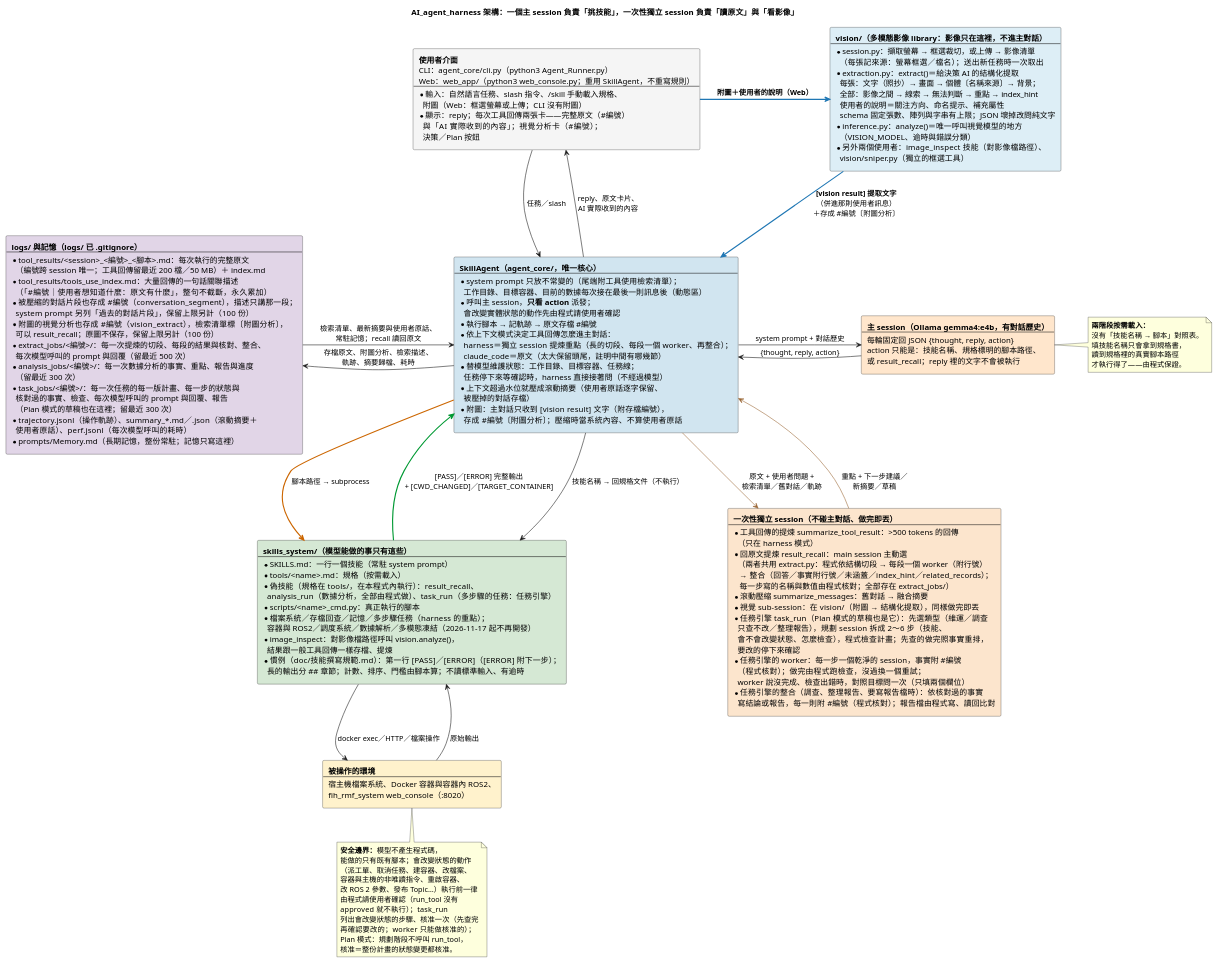
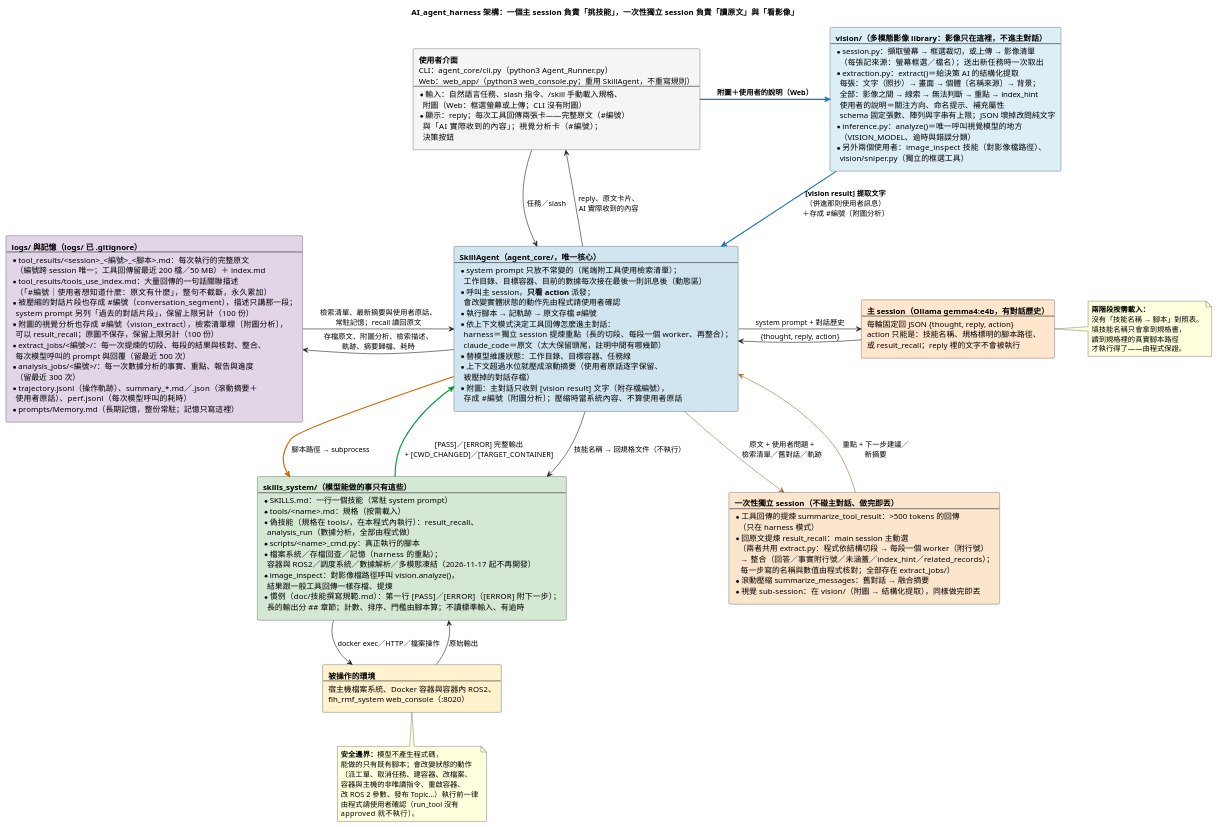
One commit to DavidZox/Coding_agnet changed the diagram in doc/diagrams/AI_agent_harness的說明.puml. Above: the diagram before and after it, drawn with PlantUML. The commit also changed 63 other files, not shown here.

```diff
--- a/doc/diagrams/AI_agent_harness的說明.puml
+++ b/doc/diagrams/AI_agent_harness的說明.puml
@@ -1,174 +1,157 @@
 @startuml
 ' --- 樣式精準控制 ---
 skinparam RectangleWidthMax 340
 skinparam ranksep 60
 skinparam nodesep 60
 skinparam shadowing false
 skinparam defaultFontName "Microsoft JhengHei"
 
 title AI_agent_harness 架構：一個主 session 負責「挑技能」，一次性獨立 session 負責「讀原文」與「看影像」
 
 rectangle NodeUser #F5F5F5 [
   **使用者介面**
   CLI：agent_core/cli.py（python3 Agent_Runner.py）
   Web：web_app/（python3 web_console.py；重用 SkillAgent，不重寫規則）
   ----
   * 輸入：自然語言任務、slash 指令、/skill 手動載入規格、
     附圖（Web：框選螢幕或上傳；CLI 沒有附圖）
   * 顯示：reply；每次工具回傳兩張卡——完整原文（#編號）
     與「AI 實際收到的內容」；視覺分析卡（#編號）；
-    決策／Plan 按鈕
+    決策按鈕
 ]
 
 rectangle NodeVision #DDEEF6 [
   **vision/（多模態影像 library：影像只在這裡，不進主對話）**
   ----
   * session.py：擷取螢幕 → 框選裁切，或上傳 → 影像清單
     （每張記來源：螢幕框選／檔名）；送出新任務時一次取出
   * extraction.py：extract()＝給決策 AI 的結構化提取
     每張：文字（照抄）→ 畫面 → 個體〔名稱來源〕→ 背景；
     全部：影像之間 → 線索 → 無法判斷 → 重點 → index_hint
     使用者的說明＝關注方向、命名提示、補充屬性
     schema 固定張數、陣列與字串有上限；JSON 壞掉改問純文字
   * inference.py：analyze()＝唯一呼叫視覺模型的地方
     （VISION_MODEL、逾時與錯誤分類）
   * 另外兩個使用者：image_inspect 技能（對影像檔路徑）、
     vision/sniper.py（獨立的框選工具）
 ]
 
 rectangle NodeAgent #D1E5F0 [
   **SkillAgent（agent_core/，唯一核心）**
   ----
   * system prompt 只放不常變的（尾端附工具使用檢索清單）；
     工作目錄、目標容器、目前的數據每次接在最後一則訊息後（動態區）
   * 呼叫主 session，**只看 action** 派發；
     會改變實體狀態的動作先由程式請使用者確認
   * 執行腳本 → 記軌跡 → 原文存檔 #編號
   * 依上下文模式決定工具回傳怎麼進主對話：
     harness＝獨立 session 提煉重點（長的切段、每段一個 worker、再整合）；
     claude_code＝原文（太大保留頭尾，註明中間有哪幾節）
-  * 替模型維護狀態：工作目錄、目標容器、任務線；
-    任務停下來等確認時，harness 直接接著問（不經過模型）
+  * 替模型維護狀態：工作目錄、目標容器、任務線
   * 上下文超過水位就壓成滾動摘要（使用者原話逐字保留、
     被壓掉的對話存檔）
   * 附圖：主對話只收到 [vision result] 文字（附存檔編號），
     存成 #編號〔附圖分析〕；壓縮時當系統內容、不算使用者原話
 ]
 
 rectangle NodeLLM #FFE6CC [
   **主 session（Ollama gemma4:e4b，有對話歷史）**
   ----
   每輪固定回 JSON {thought, reply, action}
   action 只能是：技能名稱、規格標明的腳本路徑、
   或 result_recall；reply 裡的文字不會被執行
 ]
 
 rectangle NodeSub #FCE5CD [
   **一次性獨立 session（不碰主對話、做完即丟）**
   ----
   * 工具回傳的提煉 summarize_tool_result：>500 tokens 的回傳
     （只在 harness 模式）
   * 回原文提煉 result_recall：main session 主動選
     （兩者共用 extract.py：程式依結構切段 → 每段一個 worker（附行號）
      → 整合（回答／事實附行號／未涵蓋／index_hint／related_records）；
      每一步寫的名稱與數值由程式核對；全部存在 extract_jobs/）
   * 滾動壓縮 summarize_messages：舊對話 → 融合摘要
   * 視覺 sub-session：在 vision/（附圖 → 結構化提取），同樣做完即丟
-  * 任務引擎 task_run（Plan 模式的草稿也是它）：先選類型（維運／調查
-    只查不改／整理報告），規劃 session 拆成 2～6 步（技能、
-    會不會改變狀態、怎麼檢查），程式檢查計畫；先查的做完照事實重排，
-    要改的停下來確認
-  * 任務引擎的 worker：每一步一個乾淨的 session，事實附 #編號
-    （程式核對）；做完由程式跑檢查，沒過換一個重試；
-    worker 說沒完成、檢查出錯時，對照目標問一次（只填兩個欄位）
-  * 任務引擎的整合（調查、整理報告、要寫報告檔時）：依核對過的事實
-    寫結論或報告，每一則附 #編號（程式核對）；報告檔由程式寫、讀回比對
 ]
 
 rectangle NodeSkills #D5E8D4 [
   **skills_system/（模型能做的事只有這些）**
   ----
   * SKILLS.md：一行一個技能（常駐 system prompt）
   * tools/<name>.md：規格（按需載入）
   * 偽技能（規格在 tools/，在本程式內執行）：result_recall、
-    analysis_run（數據分析，全部由程式做）、task_run（多步驟的任務：任務引擎）
+    analysis_run（數據分析，全部由程式做）
   * scripts/<name>_cmd.py：真正執行的腳本
-  * 檔案系統／存檔回查／記憶／多步驟任務（harness 的重點）；
+  * 檔案系統／存檔回查／記憶（harness 的重點）；
     容器與 ROS2／調度系統／數據解析／多模態凍結（2026-11-17 起不再開發）
   * image_inspect：對影像檔路徑呼叫 vision.analyze()，
     結果跟一般工具回傳一樣存檔、提煉
   * 慣例（doc/技能撰寫規範.md）：第一行 [PASS]／[ERROR]（[ERROR] 附下一步）；
     長的輸出分 ## 章節；計數、排序、門檻由腳本算；不讀標準輸入、有逾時
 ]
 
 rectangle NodeWorld #FFF2CC [
   **被操作的環境**
   ----
   宿主機檔案系統、Docker 容器與容器內 ROS2、
   fih_rmf_system web_console（:8020）
 ]
 
 rectangle NodeStore #E1D5E7 [
   **logs/ 與記憶（logs/ 已 .gitignore）**
   ----
   * tool_results/<session>_<編號>_<腳本>.md：每次執行的完整原文
     （編號跨 session 唯一；工具回傳留最近 200 檔／50 MB）＋ index.md
   * tool_results/tools_use_index.md：大量回傳的一句話關聯描述
     （「#編號｜使用者想知道什麼：原文有什麼」，整句不截斷，永久累加）
   * 被壓縮的對話片段也存成 #編號（conversation_segment），描述只講那一段；
     system prompt 另列「過去的對話片段」，保留上限另計（100 份）
   * 附圖的視覺分析也存成 #編號（vision_extract），檢索清單標〔附圖分析〕，
     可以 result_recall；原圖不保存，保留上限另計（100 份）
   * extract_jobs/<編號>/：每一次提煉的切段、每段的結果與核對、整合、
     每次模型呼叫的 prompt 與回覆（留最近 500 次）
   * analysis_jobs/<編號>/：每一次數據分析的事實、重點、報告與進度
     （留最近 300 次）
-  * task_jobs/<編號>/：每一次任務的每一版計畫、每一步的狀態與
-    核對過的事實、檢查、每次模型呼叫的 prompt 與回覆、報告
-    （Plan 模式的草稿也在這裡；留最近 300 次）
   * trajectory.jsonl（操作軌跡）、summary_*.md／.json（滾動摘要＋
     使用者原話）、perf.jsonl（每次模型呼叫的耗時）
   * prompts/Memory.md（長期記憶，整份常駐；記憶只寫這裡）
 ]
 
 NodeUser -down-> NodeAgent : 任務／slash
 NodeAgent -up-> NodeUser : reply、原文卡片、\nAI 實際收到的內容
 NodeAgent -right-> NodeLLM : system prompt + 對話歷史
 NodeLLM -left-> NodeAgent : {thought, reply, action}
 NodeAgent -[#996633]right-> NodeSub : 原文 + 使用者問題 +\n檢索清單／舊對話／軌跡
-NodeSub -[#996633]left-> NodeAgent : 重點 + 下一步建議／\n新摘要／草稿
+NodeSub -[#996633]left-> NodeAgent : 重點 + 下一步建議／\n新摘要
 NodeUser -[#1F77B4,bold]right-> NodeVision : **附圖＋使用者的說明（Web）**
 NodeVision -[#1F77B4,bold]down-> NodeAgent : **[vision result] 提取文字**\n（併進那則使用者訊息）\n＋存成 #編號〔附圖分析〕
 NodeAgent -down-> NodeSkills : 技能名稱 → 回規格文件（不執行）
 NodeAgent -[#CC6600,bold]down-> NodeSkills : 腳本路徑 → subprocess
 NodeSkills -down-> NodeWorld : docker exec／HTTP／檔案操作
 NodeWorld -up-> NodeSkills : 原始輸出
 NodeSkills -[#009933,bold]up-> NodeAgent : [PASS]／[ERROR] 完整輸出\n+ [CWD_CHANGED]／[TARGET_CONTAINER]
 NodeAgent -left-> NodeStore : 存檔原文、附圖分析、檢索描述、\n軌跡、摘要歸檔、耗時
 NodeStore -right-> NodeAgent : 檢索清單、最新摘要與使用者原話、\n常駐記憶；recall 讀回原文
 NodeLLM -[hidden]down-> NodeSub
 NodeVision -[hidden]down-> NodeLLM
 
 note right of NodeLLM
   **兩階段按需載入：**
   沒有「技能名稱 → 腳本」對照表。
   填技能名稱只會拿到規格書，
   讀到規格裡的真實腳本路徑
   才執行得了——由程式保證。
 end note
 
 note bottom of NodeWorld
   **安全邊界：**模型不產生程式碼，
   能做的只有既有腳本；會改變狀態的動作
   （派工單、取消任務、建容器、改檔案、
   容器與主機的非唯讀指令、重啟容器、
   改 ROS 2 參數、發布 Topic…）執行前一律
   由程式請使用者確認（run_tool 沒有
-  approved 就不執行）；task_run
-  列出會改變狀態的步驟、核准一次（先查完
-  再確認要改的；worker 只能做核准的）；
-  Plan 模式：規劃階段不呼叫 run_tool，
-  核准＝整份計畫的狀態變更都核准。
+  approved 就不執行）。
 end note
 
 @enduml
```
